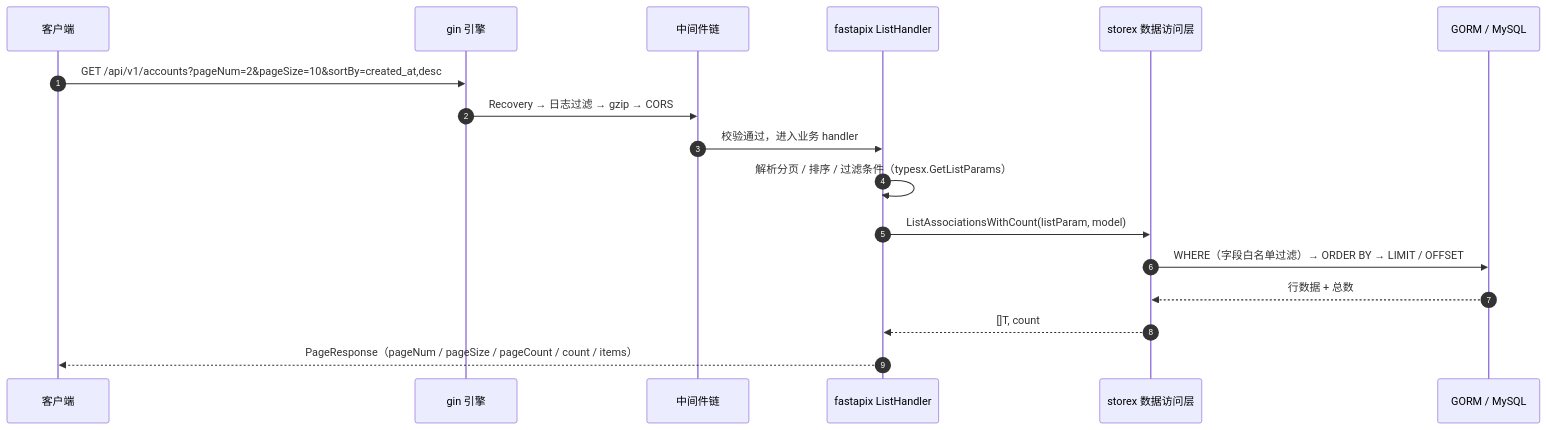
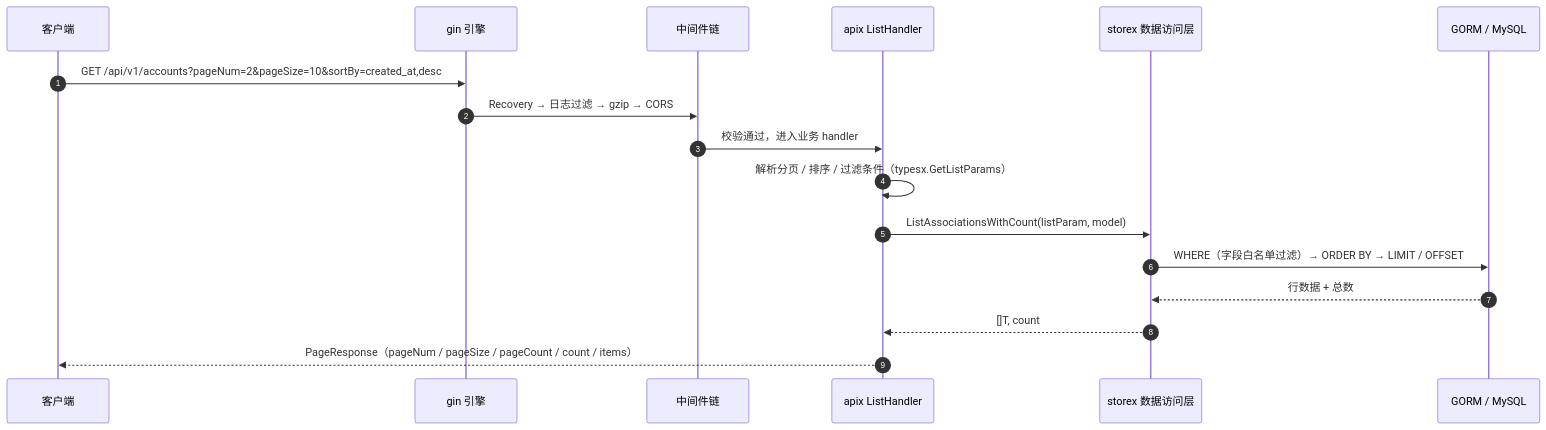
Before and after one commit to zq-xu/gotools: the third of 3 diagrams in README.md, drawn with Mermaid. The commit also changed other lines of this file and 8 other files, not shown here.

First line of the commit message:
refactor: rename fastapix to apix

````diff
--- a/README.md
+++ b/README.md
@@ -354,20 +354,20 @@
 ```mermaid
 sequenceDiagram
     autonumber
     participant C as 客户端
     participant R as gin 引擎
     participant M as 中间件链
-    participant H as fastapix ListHandler
+    participant H as apix ListHandler
     participant S as storex 数据访问层
     participant G as GORM / MySQL
 
     C->>R: GET /api/v1/accounts?pageNum=2&pageSize=10&sortBy=created_at,desc
     R->>M: Recovery → 日志过滤 → gzip → CORS
     M->>H: 校验通过，进入业务 handler
     H->>H: 解析分页 / 排序 / 过滤条件（typesx.GetListParams）
     H->>S: ListAssociationsWithCount(listParam, model)
     S->>G: WHERE（字段白名单过滤）→ ORDER BY → LIMIT / OFFSET
     G-->>S: 行数据 + 总数
     S-->>H: []T, count
     H-->>C: PageResponse（pageNum / pageSize / pageCount / count / items）
 ```
````
